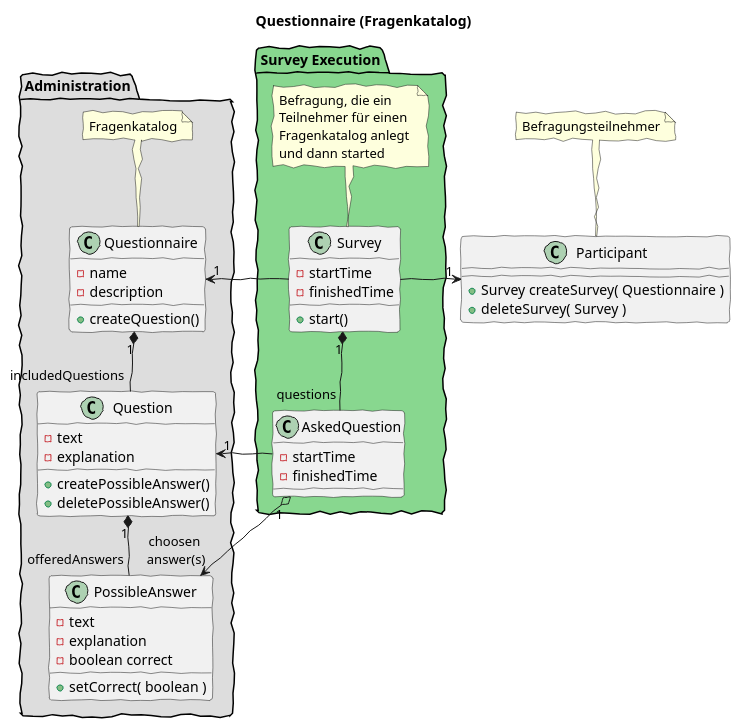
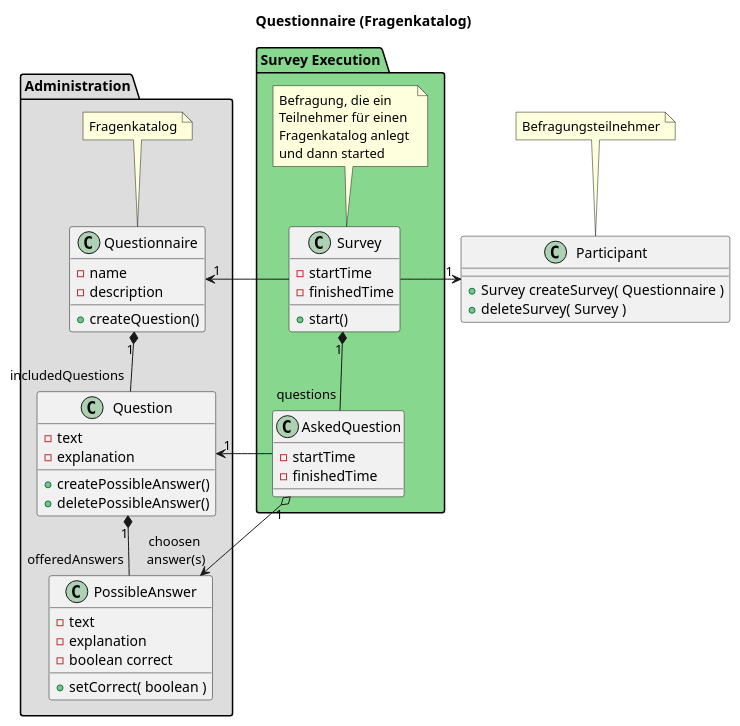
One commit to deimel/profly-pg-questionnaire changed the diagram in Questionnaire.puml. Above: the diagram before and after it, drawn with PlantUML.

Commit message:
uml diagramm works

```diff
--- a/Questionnaire.puml
+++ b/Questionnaire.puml
@@ -1,67 +1,67 @@
 @startuml Questionnaire
-skinparam handwritten true
+' skinparam handwritten true
 
 title Questionnaire (Fragenkatalog)
 
 /' 
   A little class diagramm for the Profly Paragliding Questionnaire
 '/
 
 package "Administration" #DDDDDD {
 
   class Questionnaire {
     -name
     -description
     +createQuestion()
   }
   note top: Fragenkatalog
 
   class Question {
     -text
     -explanation
     +createPossibleAnswer()
     +deletePossibleAnswer()
   }
 
   class PossibleAnswer {
     -text
     -explanation
     -boolean correct
     +setCorrect( boolean )
   }
 
   Questionnaire "1" *-down- "includedQuestions" Question
   Question "1" *-down- "offeredAnswers" PossibleAnswer
 
 }
 
 package "Survey Execution" #88D78F {
 
   class Survey {
     -startTime
     -finishedTime
     +start()
   }
   note top: Befragung, die ein\nTeilnehmer für einen\nFragenkatalog anlegt \nund dann started
 
   class AskedQuestion {
     -startTime
     -finishedTime
   }
 
   Survey "1" *-- "questions" AskedQuestion
   AskedQuestion -right--> "1" Question
   AskedQuestion "1" o--> "choosen \nanswer(s)" PossibleAnswer
 
 }
 
 class Participant {
   +Survey createSurvey( Questionnaire )
   +deleteSurvey( Survey )
 }
 note top: Befragungsteilnehmer
 
 Survey -right--> "1" Participant
 Survey -left--> "1" Questionnaire
 
 @enduml
```
